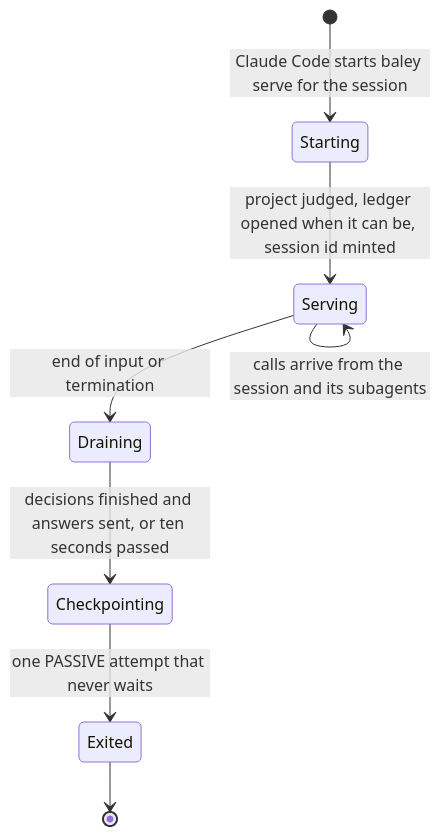
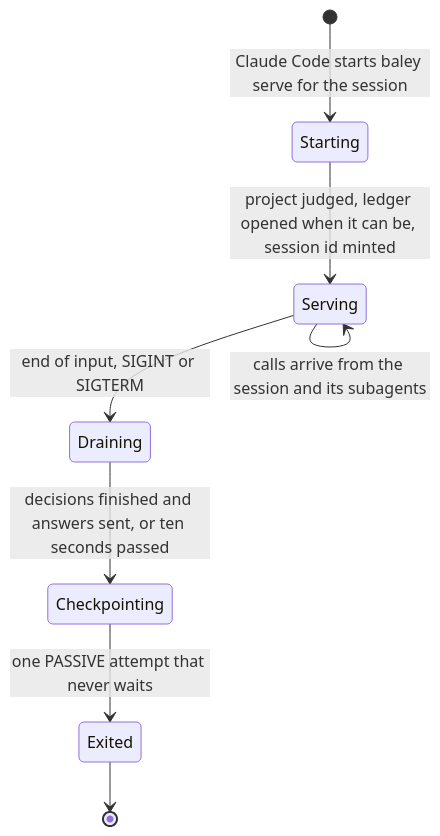
Before and after one commit to crenshawdev/baley: the first of 8 diagrams in docs/design/0012-host-interface.md, drawn with Mermaid. The commit also changed other lines of this file and 1 other file, not shown here.

First line of the commit message:
docs(design): name sigint as an end of the session server

````diff
--- a/docs/design/0012-host-interface.md
+++ b/docs/design/0012-host-interface.md
@@ -263,10 +263,10 @@
 ```mermaid
 stateDiagram-v2
   [*] --> Starting: Claude Code starts baley serve for the session
   Starting --> Serving: project judged, ledger opened when it can be, session id minted
   Serving --> Serving: calls arrive from the session and its subagents
-  Serving --> Draining: end of input or termination
+  Serving --> Draining: end of input, SIGINT or SIGTERM
   Draining --> Checkpointing: decisions finished and answers sent, or ten seconds passed
   Checkpointing --> Exited: one PASSIVE attempt that never waits
   Exited --> [*]
 ```
````
